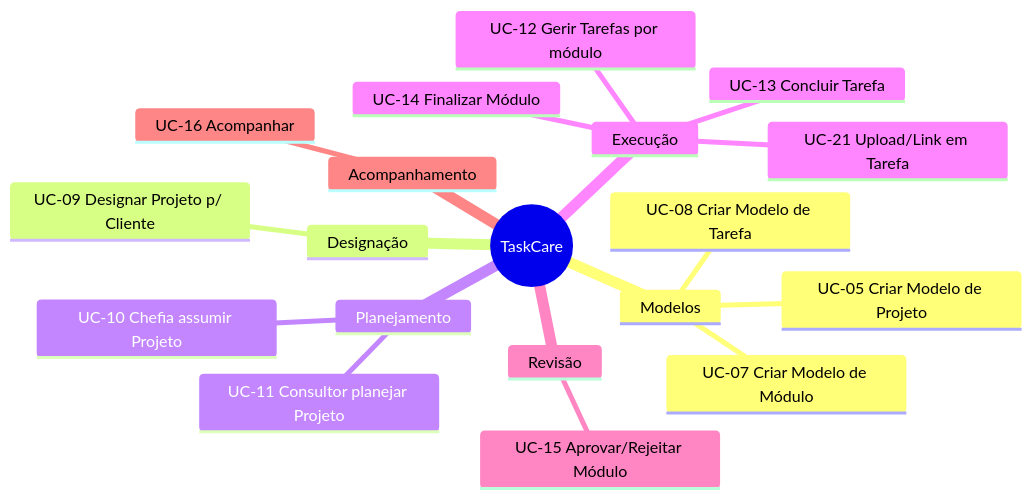
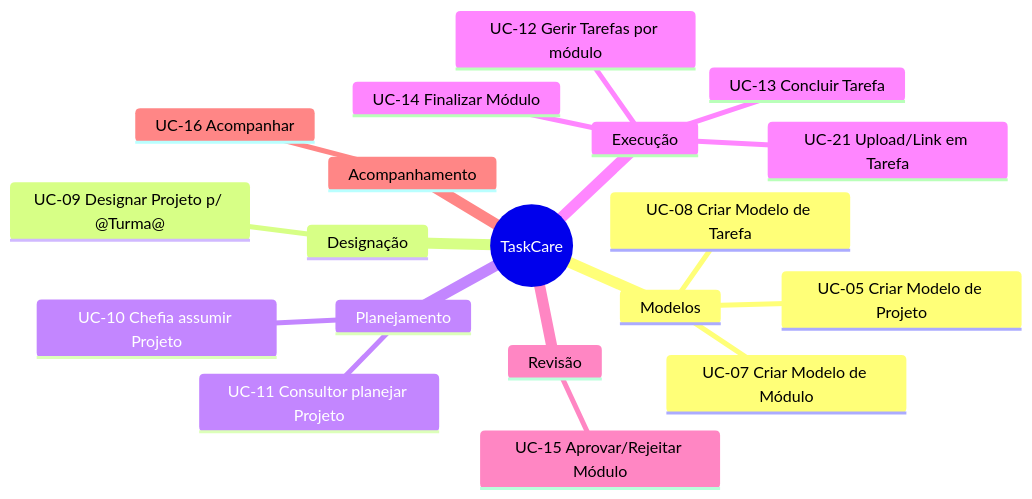
One commit to fernando-reis-guimaraes/taskcare-especificacao-uml changed the fourth of 4 diagrams in README.md. Above: the diagram before and after it, drawn with Mermaid. The commit also changed other lines of this file, not shown here.

````diff
--- a/README.md
+++ b/README.md
@@ -365,28 +365,28 @@
 ```mermaid
 
 mindmap
   root((TaskCare))
     Modelos
         UC-05 Criar Modelo de Projeto
         UC-07 Criar Modelo de Módulo
         UC-08 Criar Modelo de Tarefa
 
     Designação
-        UC-09 Designar Projeto p/ Cliente
+        UC-09 Designar Projeto p/ @Turma@
 
     Planejamento
         UC-10 Chefia assumir Projeto
         UC-11 Consultor planejar Projeto
 
     Execução
         UC-12 Gerir Tarefas por módulo
         UC-13 Concluir Tarefa
         UC-14 Finalizar Módulo
         UC-21 Upload/Link em Tarefa
 
     Revisão
         UC-15 Aprovar/Rejeitar Módulo
 
     Acompanhamento
         UC-16 Acompanhar
 ```
````
